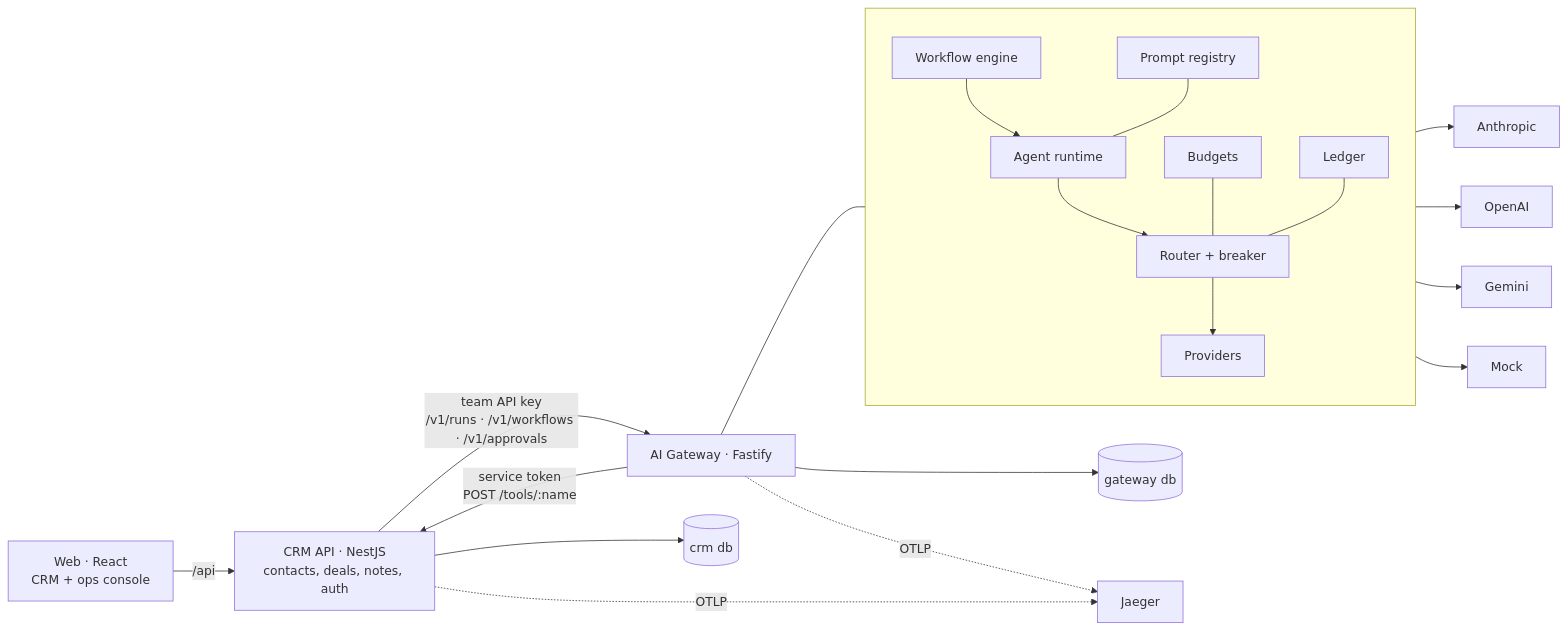
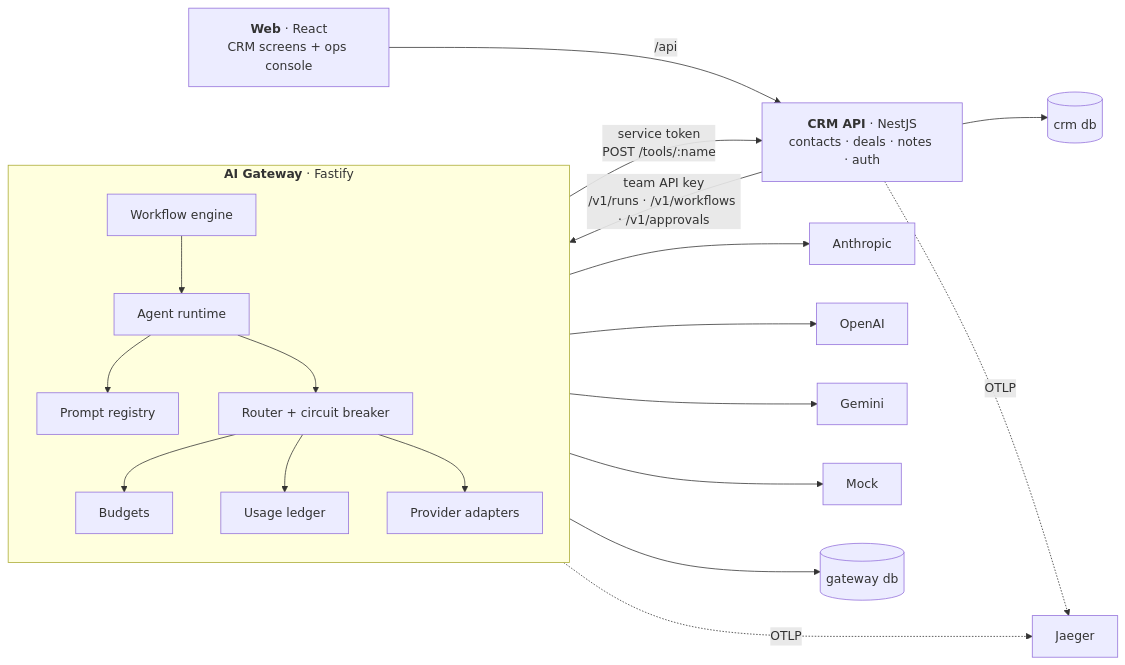
Before and after one commit to wasay-09/agentops-crm: the first of 2 diagrams in README.md, drawn with Mermaid. The commit also changed other lines of this file and 3 other files, not shown here.

````diff
--- a/README.md
+++ b/README.md
@@ -34,21 +70,22 @@
 ```mermaid
 flowchart LR
-  Web["Web · React<br/>CRM + ops console"] -- "/api" --> CRM["CRM API · NestJS<br/>contacts, deals, notes, auth"]
-  CRM -- "team API key<br/>/v1/runs · /v1/workflows · /v1/approvals" --> GW["AI Gateway · Fastify"]
+  Web["<b>Web</b> · React<br/>CRM screens + ops console"] -- "/api" --> CRM["<b>CRM API</b> · NestJS<br/>contacts · deals · notes · auth"]
+  CRM -- "team API key<br/>/v1/runs · /v1/workflows · /v1/approvals" --> GW
   GW -- "service token<br/>POST /tools/:name" --> CRM
-  subgraph GW_inner [" "]
+
+  subgraph GW["<b>AI Gateway</b> · Fastify"]
     direction TB
-    R[Router + breaker] --> P[Providers]
-    A[Agent runtime] --> R
-    WF[Workflow engine] --> A
-    B[Budgets] --- R
-    L[Ledger] --- R
-    PR[Prompt registry] --- A
+    WF[Workflow engine] --> AR[Agent runtime]
+    AR --> PR[Prompt registry]
+    AR --> RT[Router + circuit breaker]
+    RT --> BG[Budgets]
+    RT --> LG[Usage ledger]
+    RT --> PV[Provider adapters]
   end
-  GW --- GW_inner
-  P --> Anthropic & OpenAI & Gemini & Mock
+
+  PV --> A[Anthropic] & O[OpenAI] & G[Gemini] & M[Mock]
   GW --> GDB[(gateway db)]
   CRM --> CDB[(crm db)]
   GW -. OTLP .-> J[Jaeger]
   CRM -. OTLP .-> J
 ```
````
